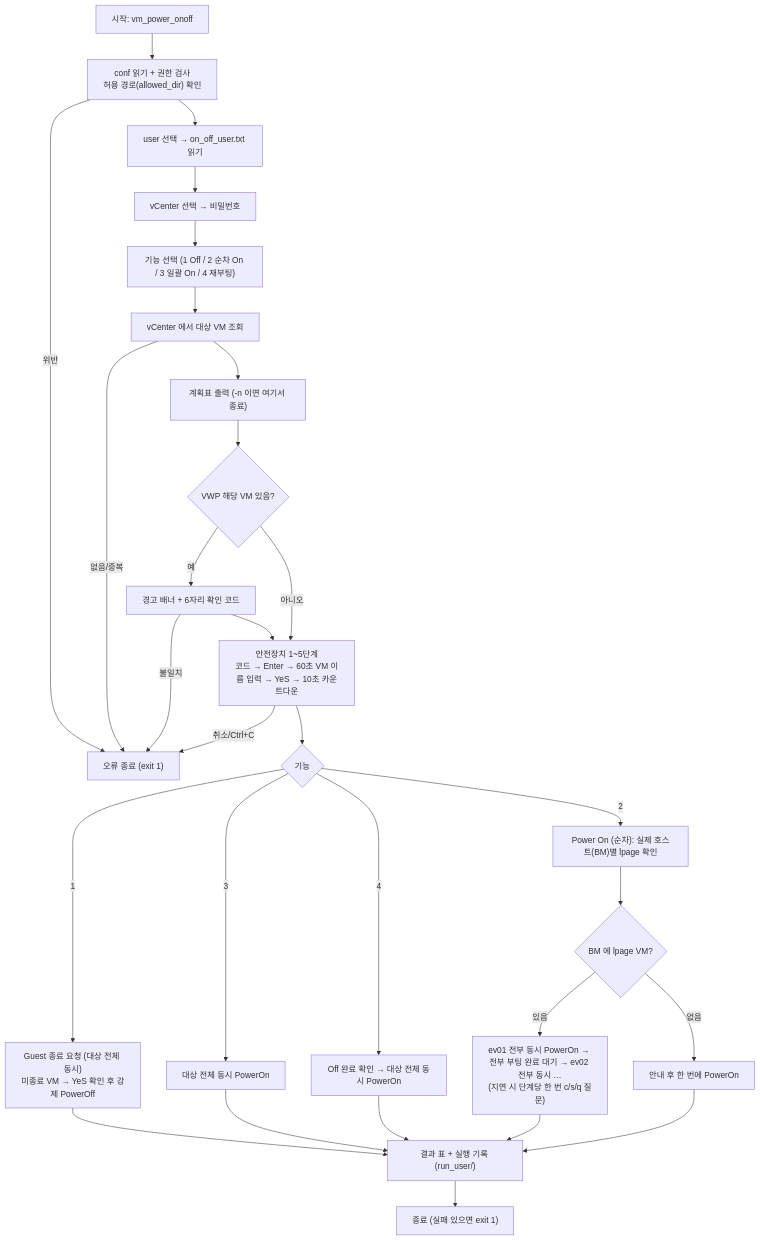
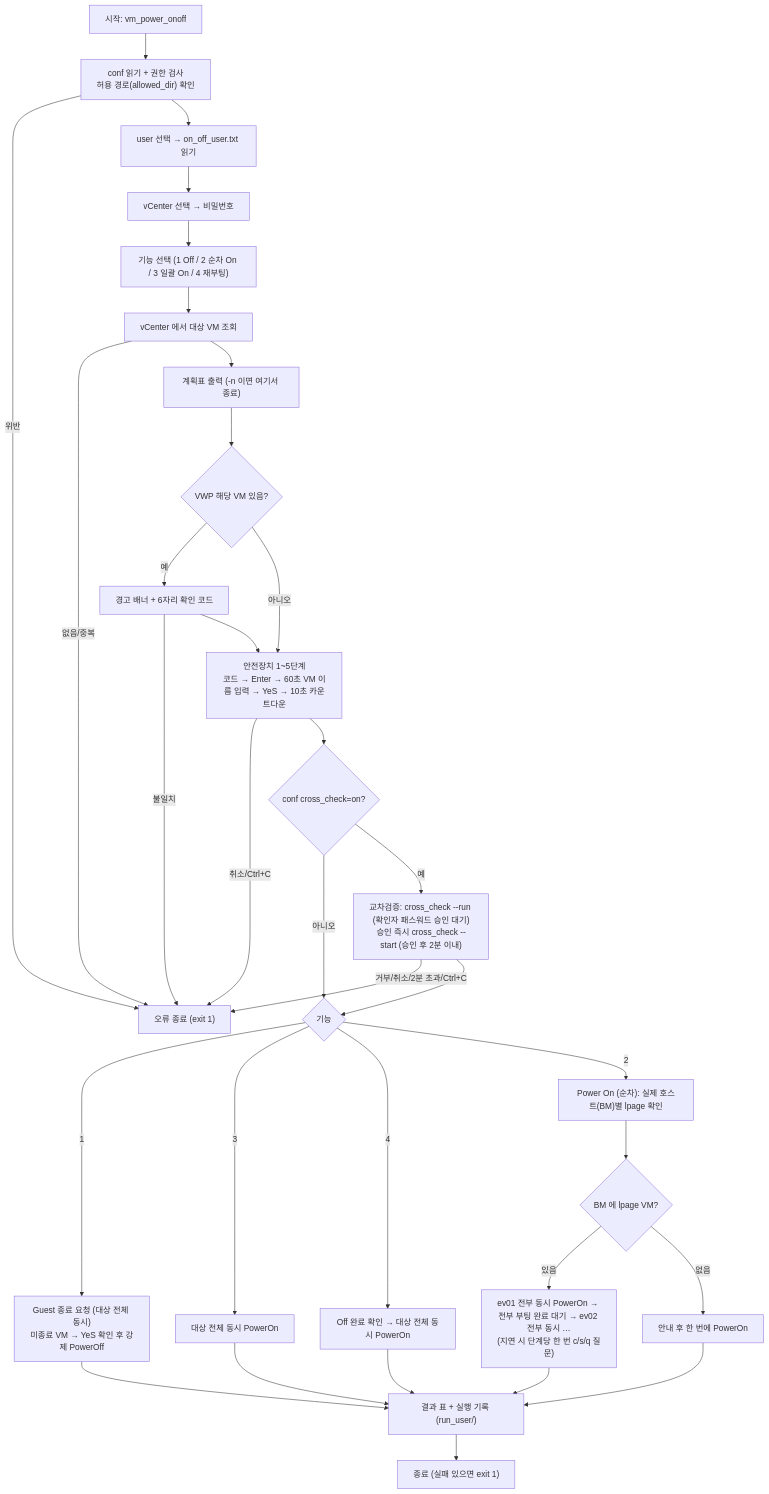
One commit to qazx2675/myrepo changed the diagram in .claude/VM/power_onoff/WORKFLOW.md. Above: the diagram before and after it, drawn with Mermaid. The commit also changed other lines of this file and 51 other files, not shown here.

First line of the commit message:
feat(VM/power_onoff): cross_check 원격 2인 1조 교차검증 데몬 추가 및 vm_power_onoff 연동

````diff
--- a/.claude/VM/power_onoff/WORKFLOW.md
+++ b/.claude/VM/power_onoff/WORKFLOW.md
@@ -5,31 +5,35 @@
 ```mermaid
 flowchart TD
     A["시작: vm_power_onoff"] --> B["conf 읽기 + 권한 검사<br/>허용 경로(allowed_dir) 확인"]
     B -->|위반| X["오류 종료 (exit 1)"]
     B --> C["user 선택 → on_off_user.txt 읽기"]
     C --> D["vCenter 선택 → 비밀번호"]
     D --> E["기능 선택 (1 Off / 2 순차 On / 3 일괄 On / 4 재부팅)"]
     E --> F["vCenter 에서 대상 VM 조회"]
     F -->|없음/중복| X
     F --> G["계획표 출력 (-n 이면 여기서 종료)"]
     G --> H{"VWP 해당 VM 있음?"}
     H -->|예| I["경고 배너 + 6자리 확인 코드"]
     H -->|아니오| J
     I -->|불일치| X
     I --> J["안전장치 1~5단계<br/>코드 → Enter → 60초 VM 이름 입력 → YeS → 10초 카운트다운"]
     J -->|취소/Ctrl+C| X
-    J --> K{"기능"}
+    J --> CC{"conf cross_check=on?"}
+    CC -->|아니오| K{"기능"}
+    CC -->|예| CG["교차검증: cross_check --run (확인자 패스워드 승인 대기)<br/>승인 즉시 cross_check --start (승인 후 2분 이내)"]
+    CG -->|"거부/취소/2분 초과/Ctrl+C"| X
+    CG --> K
     K -->|1| L1["Guest 종료 요청 (대상 전체 동시)<br/>미종료 VM → YeS 확인 후 강제 PowerOff"]
     K -->|3| L3["대상 전체 동시 PowerOn"]
     K -->|4| L4["Off 완료 확인 → 대상 전체 동시 PowerOn"]
     K -->|2| L2["Power On (순차): 실제 호스트(BM)별 lpage 확인"]
     L2 --> M{"BM 에 lpage VM?"}
     M -->|있음| N["ev01 전부 동시 PowerOn → 전부 부팅 완료 대기 → ev02 전부 동시 …<br/>(지연 시 단계당 한 번 c/s/q 질문)"]
     M -->|없음| O["안내 후 한 번에 PowerOn"]
     L1 --> R
     L3 --> R
     L4 --> R
     N --> R
     O --> R["결과 표 + 실행 기록 (run_user/)"]
     R --> S["종료 (실패 있으면 exit 1)"]
 ```
````
